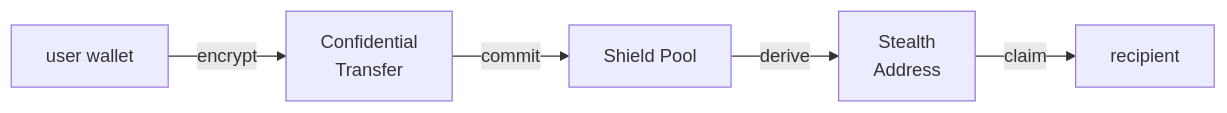
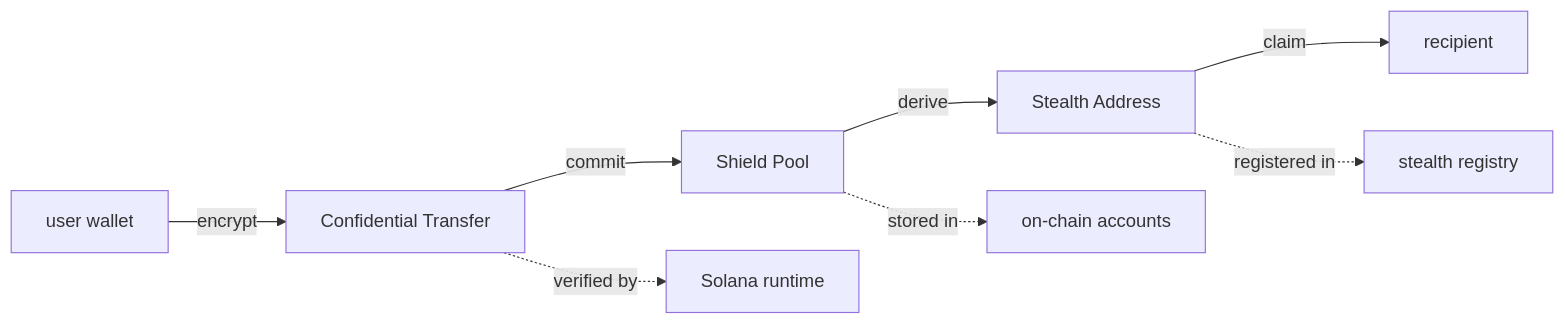
Before and after one commit to Kirite-dev/KIRITE-layer: the diagram in README.md, drawn with Mermaid. The commit also changed other lines of this file, not shown here.

````diff
--- a/README.md
+++ b/README.md
@@ -70,7 +33,11 @@
 ```mermaid
 flowchart LR
-    A[user wallet] -->|encrypt| B[Confidential<br/>Transfer]
-    B -->|commit| C[Shield Pool]
-    C -->|derive| D[Stealth<br/>Address]
-    D -->|claim| E[recipient]
+    user[user wallet] -->|encrypt| ct[Confidential Transfer]
+    ct -->|commit| sp[Shield Pool]
+    sp -->|derive| sa[Stealth Address]
+    sa -->|claim| recipient[recipient]
+
+    ct -.->|verified by| runtime[Solana runtime]
+    sp -.->|stored in| accounts[on-chain accounts]
+    sa -.->|registered in| registry[stealth registry]
 ```
````
